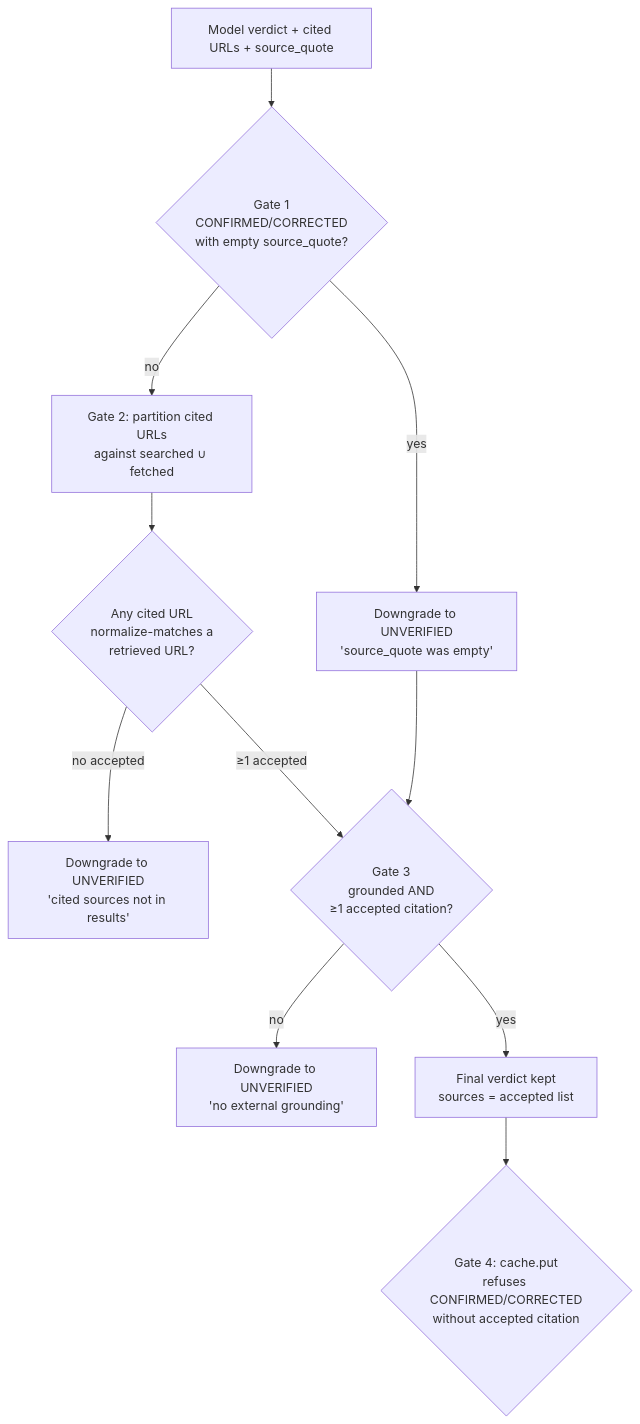
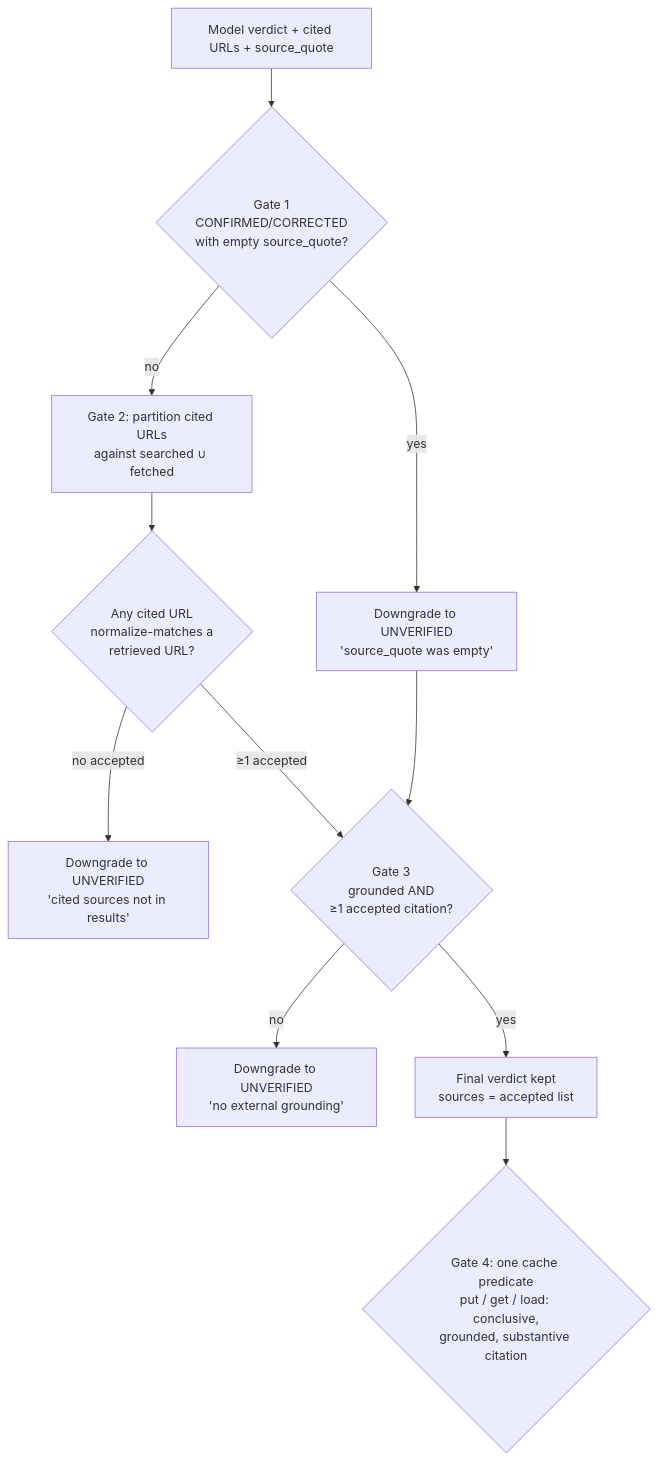
One commit to Abe-Borg/Claude-Spec-Critic changed the first of 2 diagrams in handbook/10_verification_grounding.md. Above: the diagram before and after it, drawn with Mermaid. The commit also changed other lines of this file and 5 other files, not shown here.

First line of the commit message:
docs: verification outcomes and the cache predicate (S05)

````diff
--- a/handbook/10_verification_grounding.md
+++ b/handbook/10_verification_grounding.md
@@ -114,13 +146,13 @@
 ```mermaid
 flowchart TD
     V[Model verdict + cited URLs + source_quote] --> Q{Gate 1<br/>CONFIRMED/CORRECTED<br/>with empty source_quote?}
     Q -- yes --> U1[Downgrade to UNVERIFIED<br/>'source_quote was empty']
     Q -- no --> P[Gate 2: partition cited URLs<br/>against searched ∪ fetched]
     P --> A{Any cited URL<br/>normalize-matches a<br/>retrieved URL?}
     A -- "no accepted" --> U2[Downgrade to UNVERIFIED<br/>'cited sources not in results']
     A -- "≥1 accepted" --> G{Gate 3<br/>grounded AND<br/>≥1 accepted citation?}
     U1 --> G
     G -- no --> U3[Downgrade to UNVERIFIED<br/>'no external grounding']
     G -- yes --> F[Final verdict kept<br/>sources = accepted list]
-    F --> C{Gate 4: cache.put<br/>refuses CONFIRMED/CORRECTED<br/>without accepted citation}
+    F --> C{Gate 4: one cache predicate<br/>put / get / load: conclusive,<br/>grounded, substantive citation}
 ```
````
